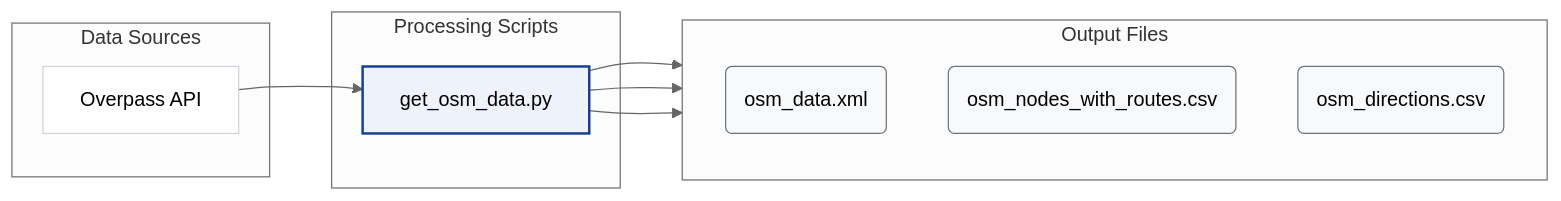
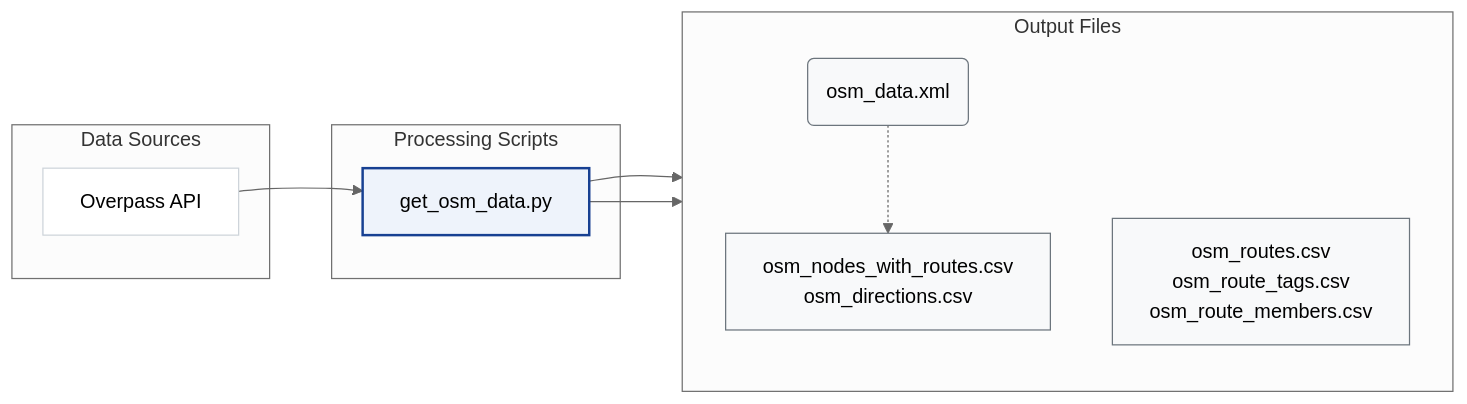
The second of 2 diagrams in documentation/1. Download and process data.md (openTdataCH/stop_sync_osm_atlas), drawn with Mermaid (neutral theme) before and after one commit. The commit also changed other lines of this file and 39 other files, not shown here.

````diff
--- a/documentation/1. Download and process data.md
+++ b/documentation/1. Download and process data.md
@@ -54,28 +57,28 @@
 ```mermaid
 flowchart LR
     classDef plain fill:#fff,stroke:#ced4da,stroke-width:1px;
     classDef script fill:#eef3fb,stroke:#174092,stroke-width:2px;
     classDef file fill:#f8f9fa,stroke:#6c757d,stroke-width:1px;
 
     subgraph Sources ["Data Sources"]
         OV[Overpass API]:::plain
     end
 
     subgraph Scripts ["Processing Scripts"]
         SO[get_osm_data.py]:::script
     end
 
     subgraph Outputs ["Output Files"]
         direction TB
         PX(osm_data.xml):::file
-        PO(osm_nodes_with_routes.csv):::file
-        PD(osm_directions.csv):::file
+        PO["osm_nodes_with_routes.csv<br/>osm_directions.csv"]:::file
+        PR["osm_routes.csv<br/>osm_route_tags.csv<br/>osm_route_members.csv"]:::file
     end
 
     Sources ~~~ Scripts ~~~ Outputs
 
     OV --> SO
     SO --> PX
-    SO --> PO
-    SO --> PD
+    PX -.-> PO
+    SO --> PR
 ```
````
